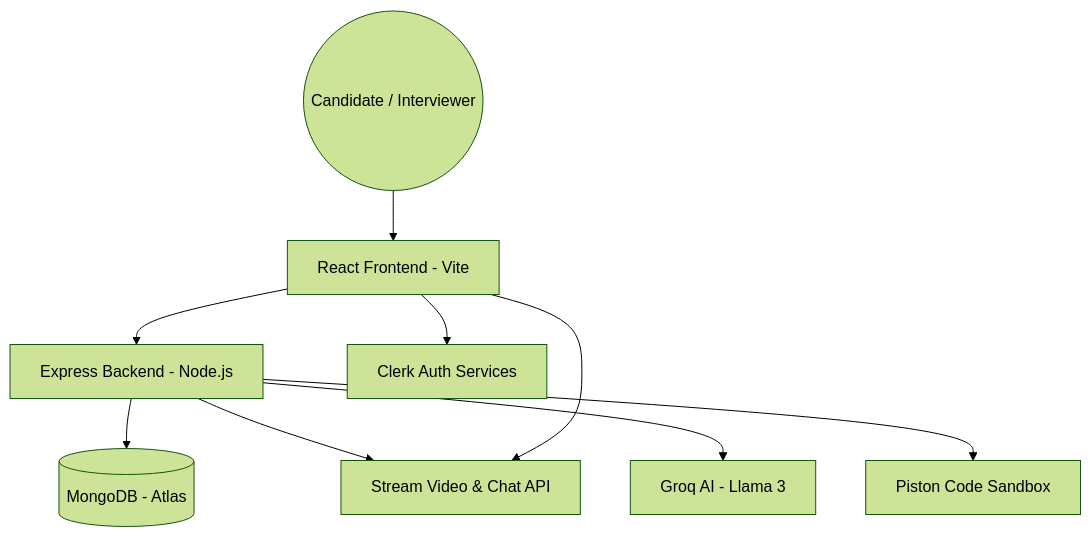
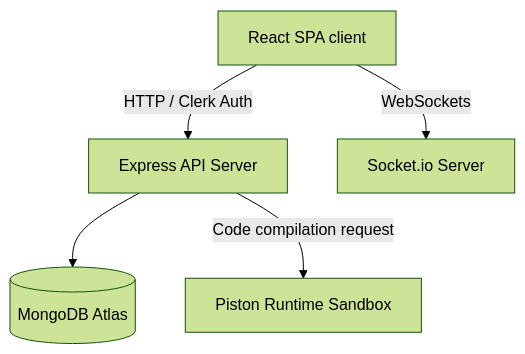
The diagram in ELYVO_INTERVIEW_GUIDE.md (AbhinavSinghBhadouria/Elyvo), drawn with Mermaid (forest theme) before and after one commit. The commit also changed other lines of this file, not shown here.

````diff
--- a/ELYVO_INTERVIEW_GUIDE.md
+++ b/ELYVO_INTERVIEW_GUIDE.md
@@ -44,20 +180,13 @@
 ```mermaid
 graph TD
-    User((Candidate / Interviewer))
-    Frontend[React Frontend - Vite]
-    Backend[Express Backend - Node.js]
-    DB[(MongoDB - Atlas)]
-    Clerk[Clerk Auth Services]
-    Stream[Stream Video & Chat API]
-    Groq[Groq AI - Llama 3]
-    Piston[Piston Code Sandbox]
+    Client[React SPA client]
+    Server[Express API Server]
+    WS[Socket.io Server]
+    Exec[Piston Runtime Sandbox]
+    DB[(MongoDB Atlas)]
 
-    User --> Frontend
-    Frontend --> Clerk
-    Frontend --> Backend
-    Backend --> DB
-    Backend --> Stream
-    Backend --> Groq
-    Backend --> Piston
-    Frontend --> Stream
+    Client -->|WebSockets| WS
+    Client -->|HTTP / Clerk Auth| Server
+    Server --> DB
+    Server -->|Code compilation request| Exec
 ```
````
